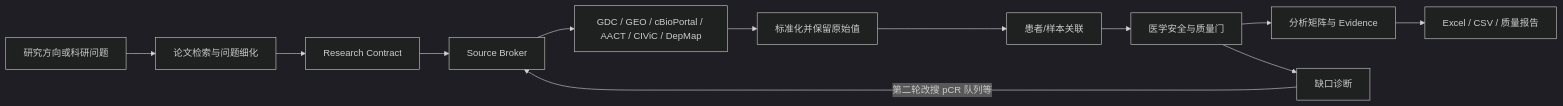
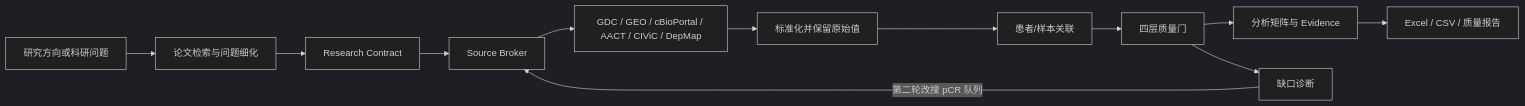
One commit to xsc2466729313-cyber/research-data-agent changed the diagram in README.md. Above: the diagram before and after it, drawn with Mermaid (dark theme). The commit also changed other lines of this file and 3 other files, not shown here.

````diff
--- a/README.md
+++ b/README.md
@@ -104,14 +84,14 @@
 ```mermaid
 flowchart LR
   A[研究方向或科研问题] --> B[论文检索与问题细化]
   B --> C[Research Contract]
   C --> D[Source Broker]
   D --> E[GDC / GEO / cBioPortal / AACT / CIViC / DepMap]
   E --> F[标准化并保留原始值]
   F --> G[患者/样本关联]
-  G --> H[医学安全与质量门]
+  G --> H[四层质量门]
   H --> I[分析矩阵与 Evidence]
   H --> J[缺口诊断]
-  J -->|第二轮改搜 pCR 队列等| D
+  J -->|第二轮改搜 pCR 队列| D
   I --> K[Excel / CSV / 质量报告]
 ```
````
